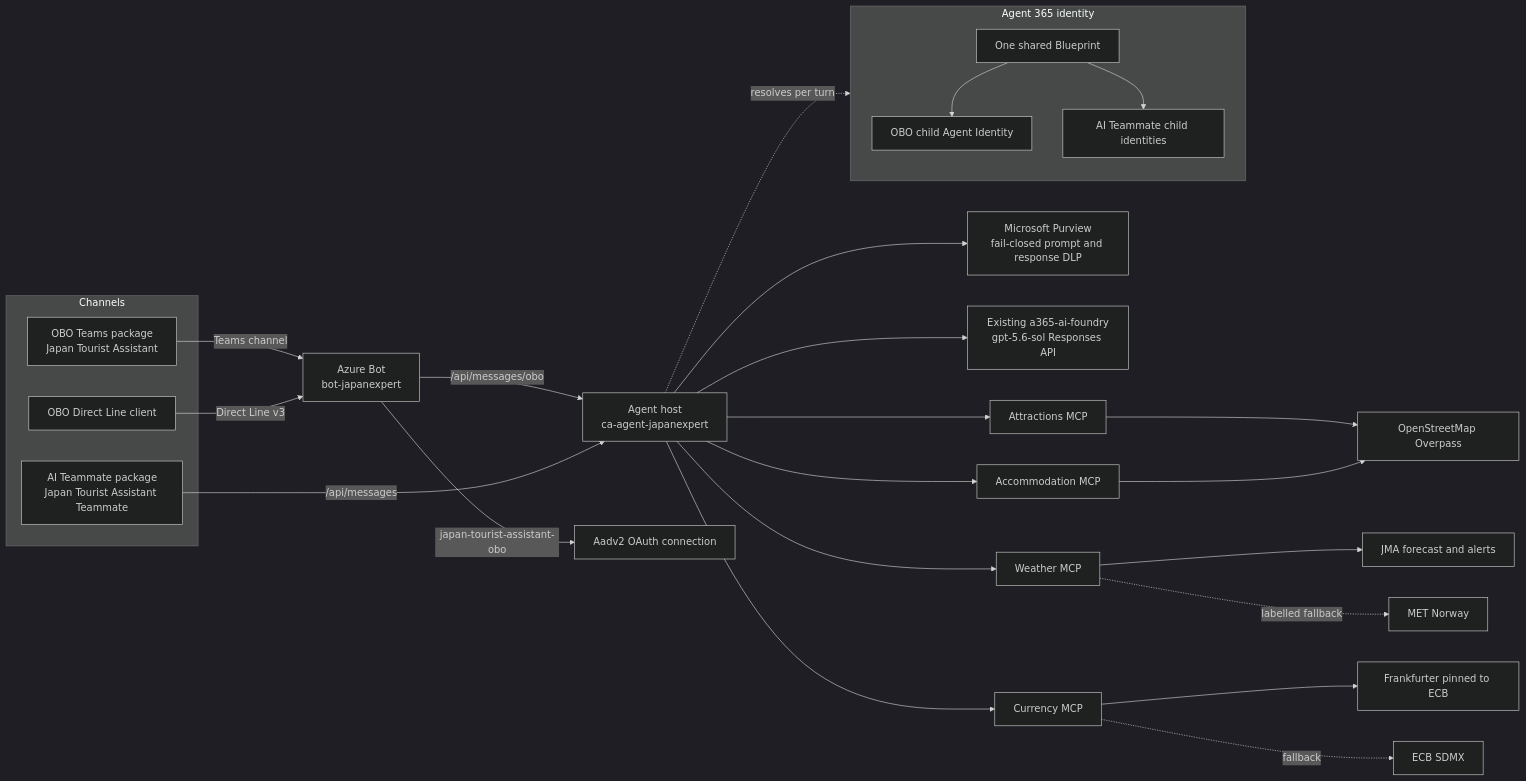
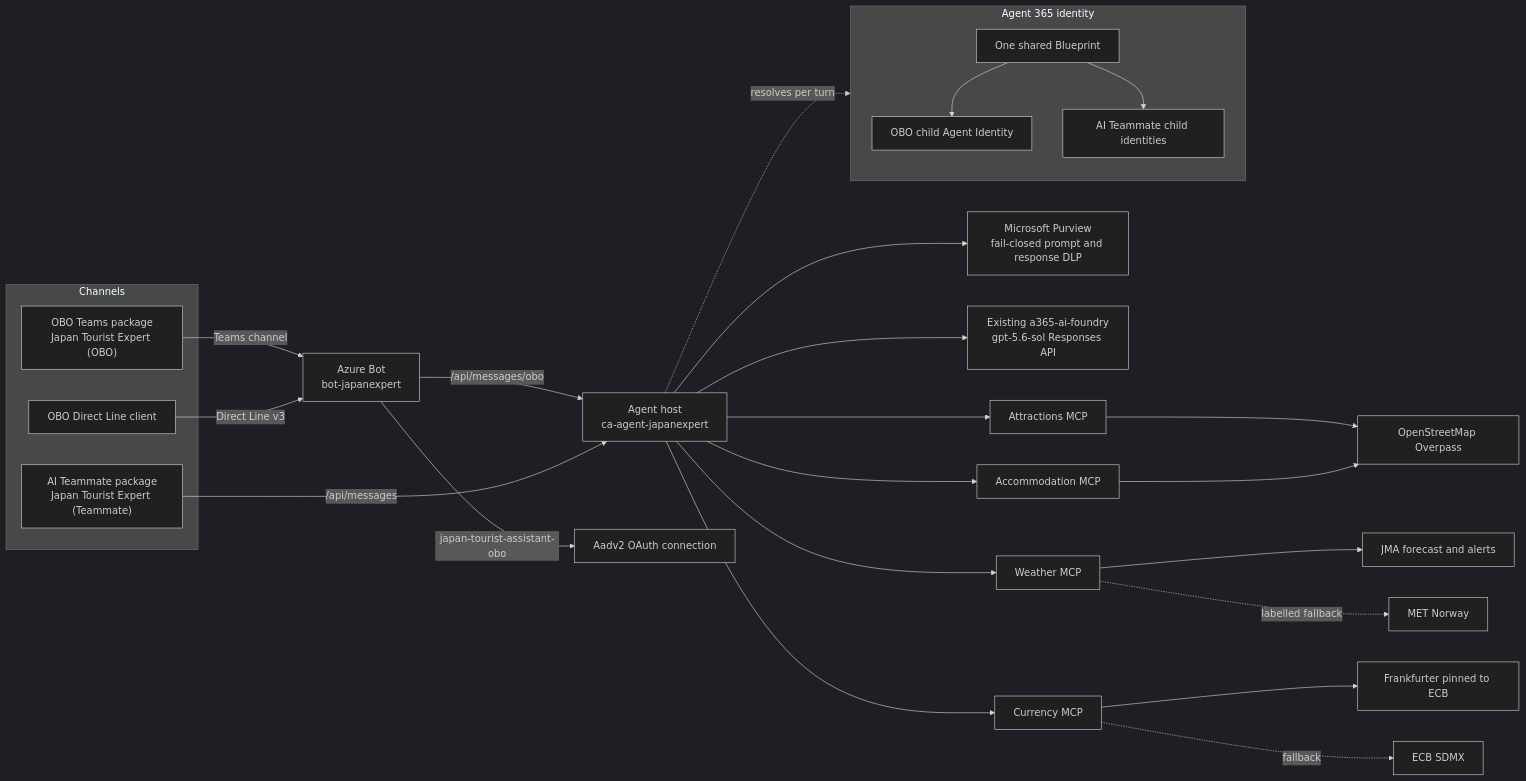
Before and after one commit to patrick-shim/a365-custom-agents: the first of 3 diagrams in japan-tourist-agent/README.md, drawn with Mermaid (dark theme). The commit also changed other lines of this file and 98 other files, not shown here.

First line of the commit message:
Restore recovery portability and standardize Tourist Expert naming

````diff
--- a/japan-tourist-agent/README.md
+++ b/japan-tourist-agent/README.md
@@ -55,34 +55,34 @@
 ```mermaid
 flowchart LR
   subgraph Channels
-    Teams[OBO Teams package<br/>Japan Tourist Assistant]
+    Teams["OBO Teams package<br/>Japan Tourist Expert (OBO)"]
     Direct[OBO Direct Line client]
-    Teammate[AI Teammate package<br/>Japan Tourist Assistant Teammate]
+    Teammate["AI Teammate package<br/>Japan Tourist Expert (Teammate)"]
   end
 
   Teams -->|Teams channel| Bot[Azure Bot<br/>bot-japanexpert]
   Direct -->|Direct Line v3| Bot
   Bot -->|/api/messages/obo| Host[Agent host<br/>ca-agent-japanexpert]
   Bot -->|japan-tourist-assistant-obo| OAuth[Aadv2 OAuth connection]
   Teammate -->|/api/messages| Host
 
   subgraph Identity[Agent 365 identity]
     Blueprint[One shared Blueprint]
     Blueprint --> OboChild[OBO child Agent Identity]
     Blueprint --> TeammateChild[AI Teammate child identities]
   end
   Host -.resolves per turn.-> Identity
 
   Host --> Purview[Microsoft Purview<br/>fail-closed prompt and response DLP]
   Host --> Foundry[Existing a365-ai-foundry<br/>gpt-5.6-sol Responses API]
   Host --> Attractions[Attractions MCP]
   Host --> Weather[Weather MCP]
   Host --> Stay[Accommodation MCP]
   Host --> Currency[Currency MCP]
 
   Attractions & Stay --> OSM[OpenStreetMap Overpass]
   Weather --> JMA[JMA forecast and alerts]
   Weather -. labelled fallback .-> MetNo[MET Norway]
   Currency --> Frank[Frankfurter pinned to ECB]
   Currency -. fallback .-> ECB[ECB SDMX]
 ```
````
